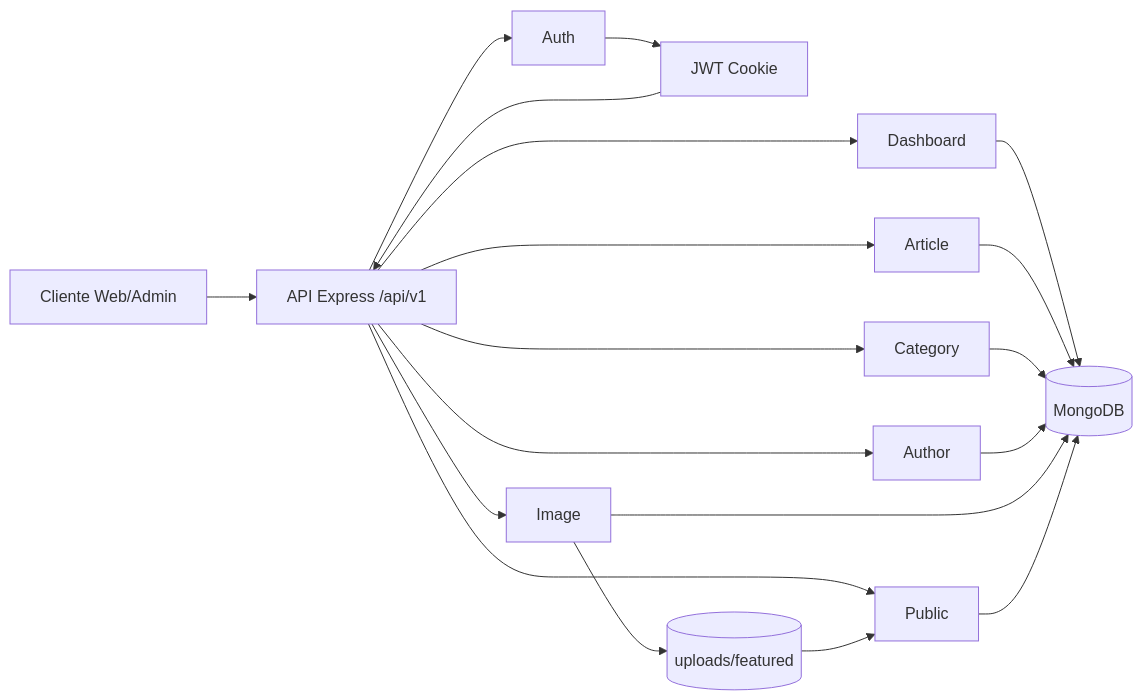
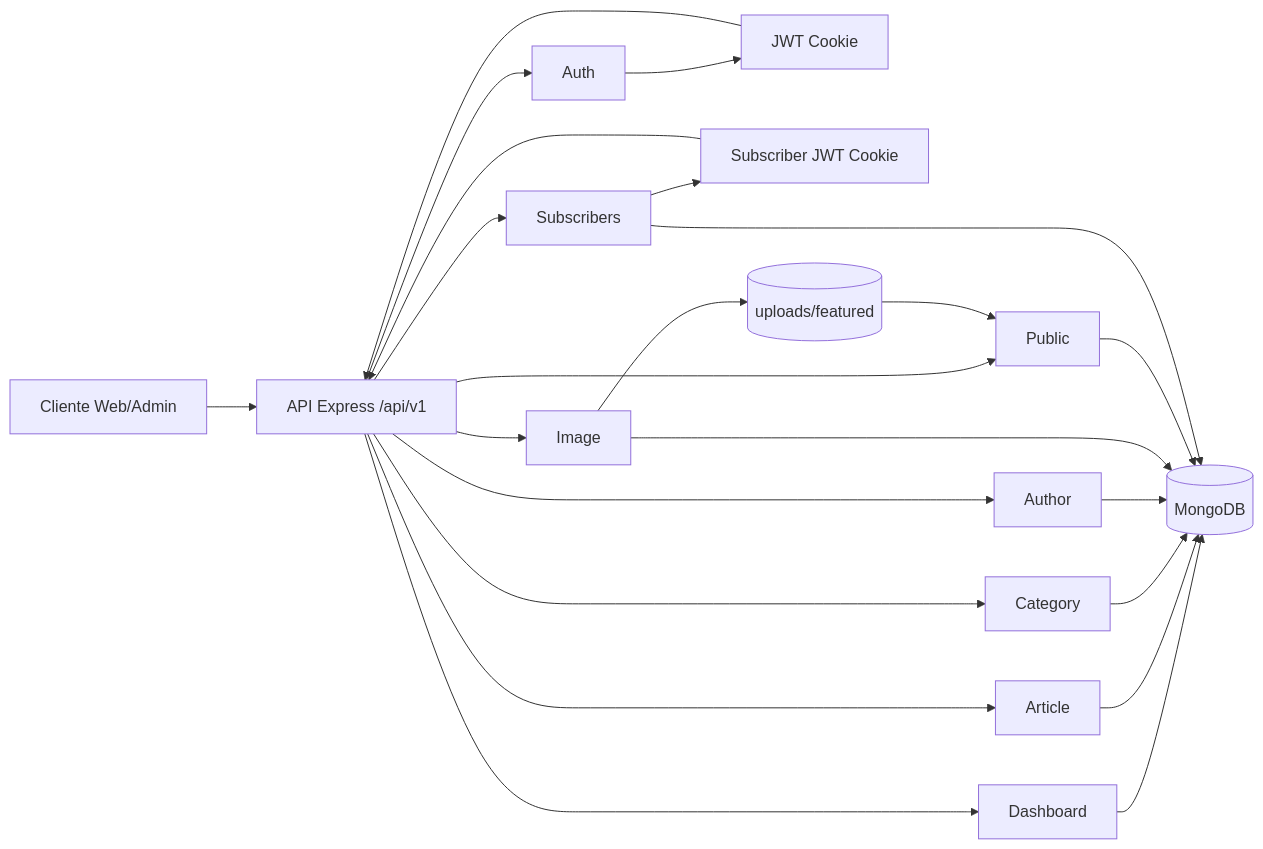
The first of 2 diagrams in docs/endpionts.md (carlosbrisenoDev/periodico), drawn with Mermaid before and after one commit. The commit also changed other lines of this file and 48 other files, not shown here.

````diff
--- a/docs/endpionts.md
+++ b/docs/endpionts.md
@@ -17,24 +18,28 @@
 ```mermaid
 flowchart LR
   C[Cliente Web/Admin] --> A[API Express /api/v1]
   A --> M1[Auth]
   A --> M2[Dashboard]
   A --> M3[Article]
   A --> M4[Category]
   A --> M5[Author]
   A --> M6[Image]
   A --> M7[Public]
+  A --> M8[Subscribers]
 
   M1 --> J[JWT Cookie]
+  M8 --> SJ[Subscriber JWT Cookie]
   J --> A
+  SJ --> A
 
   M2 --> DB[(MongoDB)]
   M3 --> DB
   M4 --> DB
   M5 --> DB
   M6 --> DB
   M7 --> DB
+  M8 --> DB
 
   M6 --> FS[(uploads/featured)]
   FS --> M7
 ```
````
